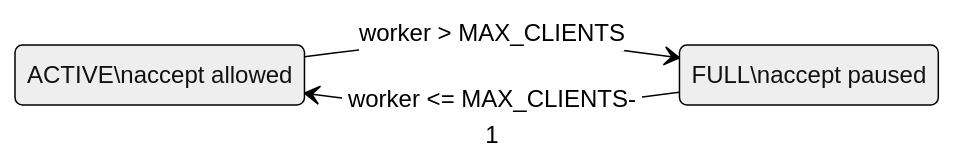
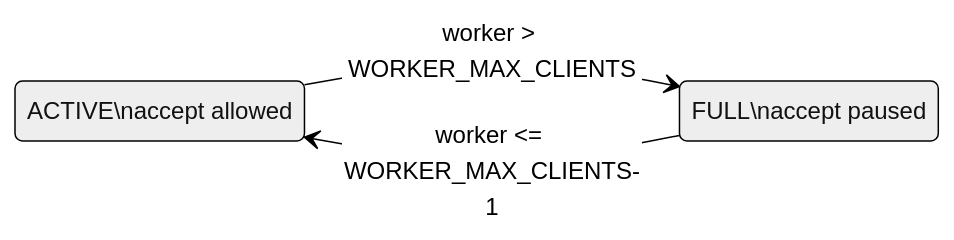
Before and after one commit to RomanHorshkov/HomeServer: diagram 11 of 11 in README.md, drawn with Mermaid (neutral theme). The commit also changed other lines of this file and 30 other files, not shown here.

````diff
--- a/README.md
+++ b/README.md
@@ -651,9 +651,9 @@
 ```mermaid
 stateDiagram-v2
     direction LR
     ACTIVE: ACTIVE\naccept allowed
     FULL:   FULL\naccept paused
 
-    ACTIVE --> FULL : worker > MAX_CLIENTS
-    FULL --> ACTIVE : worker <= MAX_CLIENTS-1
+    ACTIVE --> FULL : worker > WORKER_MAX_CLIENTS
+    FULL --> ACTIVE : worker <= WORKER_MAX_CLIENTS-1
 ```
````
